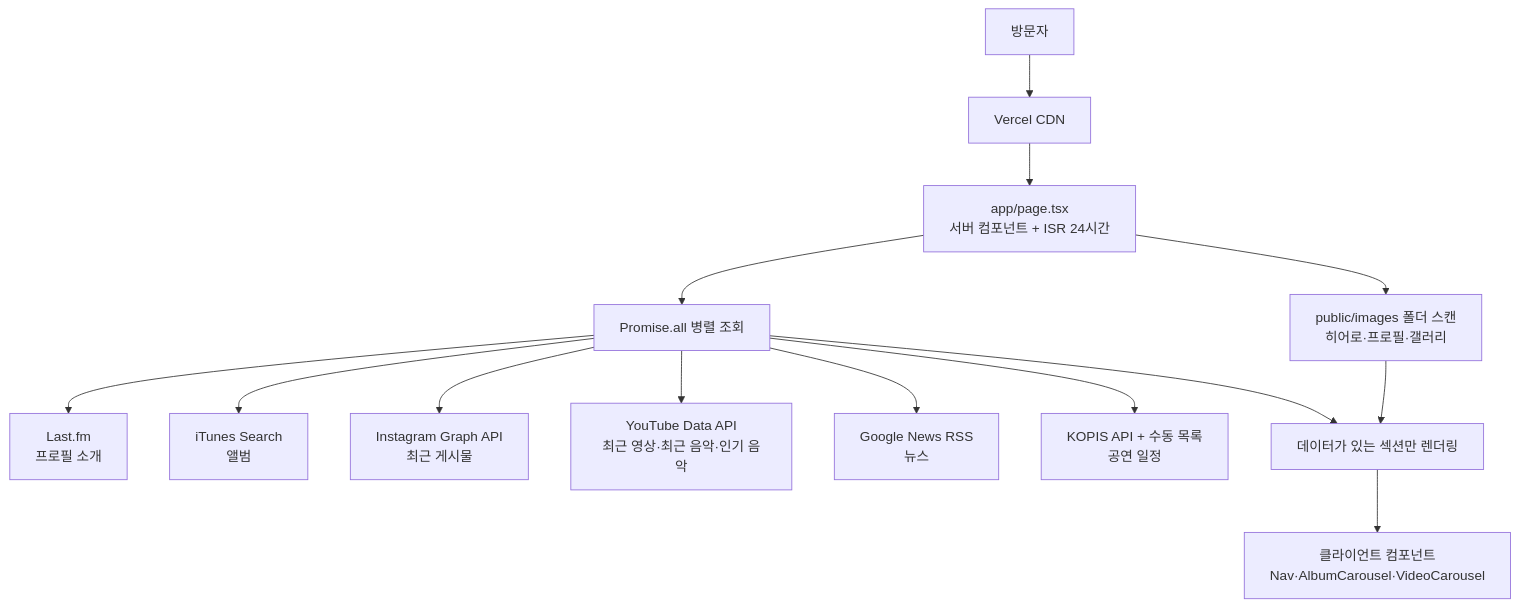
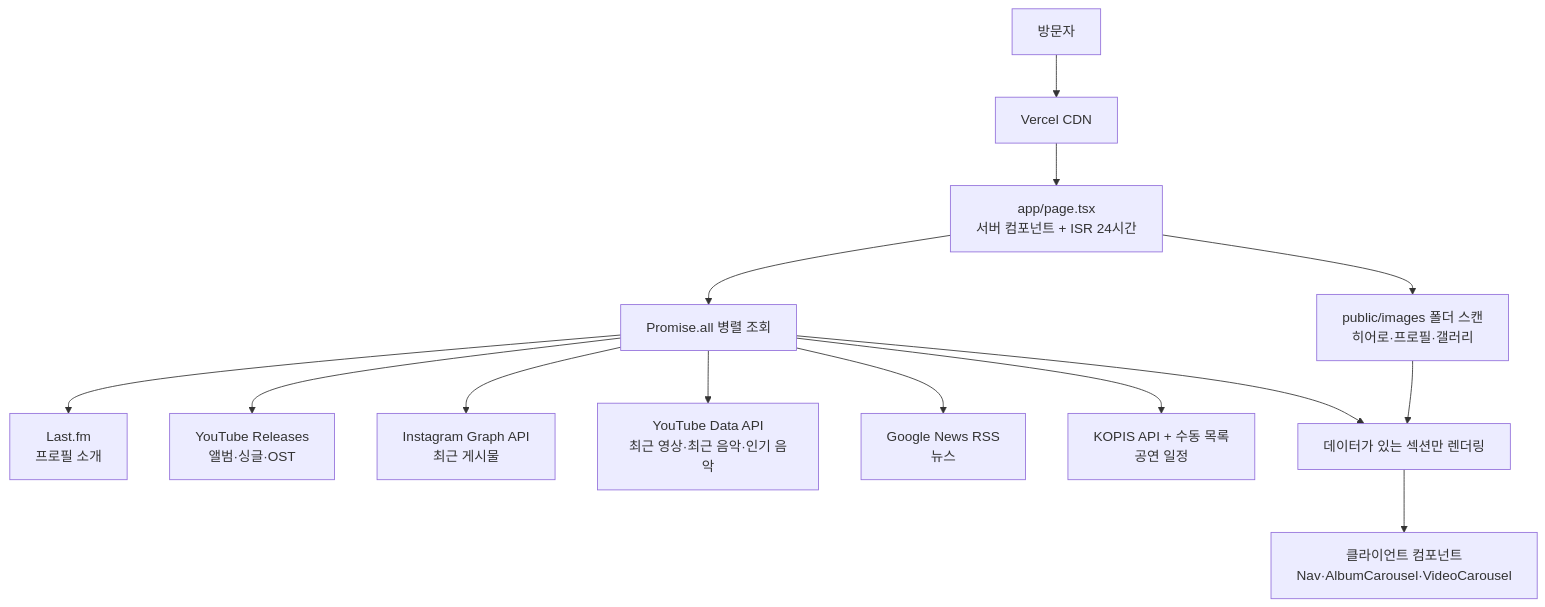
Before and after one commit to TaeyeonKim92/isaac-hong-fan: the diagram in SITE_MANAGEMENT_GUIDE.md, drawn with Mermaid. The commit also changed other lines of this file and 18 other files, not shown here.

````diff
--- a/SITE_MANAGEMENT_GUIDE.md
+++ b/SITE_MANAGEMENT_GUIDE.md
@@ -23,16 +23,16 @@
 ```mermaid
 flowchart TD
     U[방문자] --> V[Vercel CDN]
     V --> P[app/page.tsx<br/>서버 컴포넌트 + ISR 24시간]
     P --> A[Promise.all 병렬 조회]
     A --> LF[Last.fm<br/>프로필 소개]
-    A --> IT[iTunes Search<br/>앨범]
+    A --> YTR[YouTube Releases<br/>앨범·싱글·OST]
     A --> IG[Instagram Graph API<br/>최근 게시물]
     A --> YT[YouTube Data API<br/>최근 영상·최근 음악·인기 음악]
     A --> GN[Google News RSS<br/>뉴스]
     A --> KP[KOPIS API + 수동 목록<br/>공연 일정]
     P --> FS[public/images 폴더 스캔<br/>히어로·프로필·갤러리]
     A --> R[데이터가 있는 섹션만 렌더링]
     FS --> R
     R --> C[클라이언트 컴포넌트<br/>Nav·AlbumCarousel·VideoCarousel]
 ```
````
